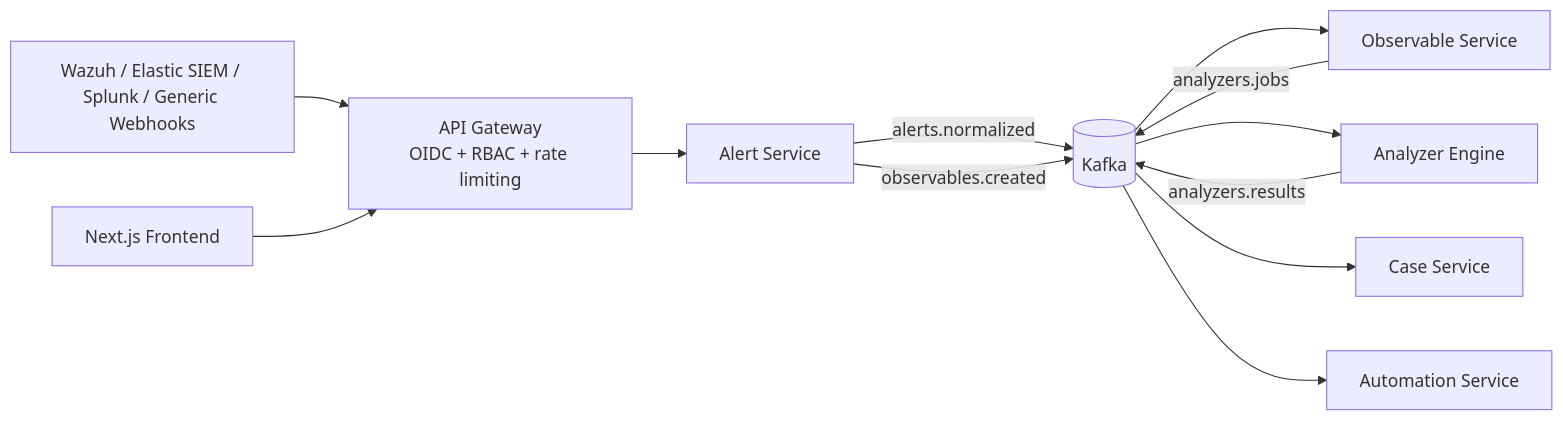
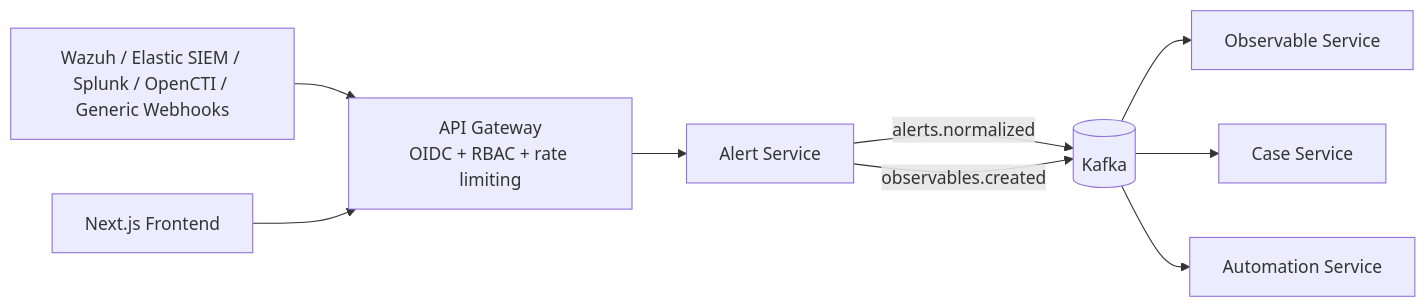
Before and after one commit to adriyansyah-mf/SIRPNexus: the diagram in README.md, drawn with Mermaid. The commit also changed other lines of this file and 24 other files, not shown here.

````diff
--- a/README.md
+++ b/README.md
@@ -7,15 +7,12 @@
 ```mermaid
 flowchart LR
-  SIEM[Wazuh / Elastic SIEM / Splunk / Generic Webhooks] --> AGW[API Gateway
+  SIEM[Wazuh / Elastic SIEM / Splunk / OpenCTI / Generic Webhooks] --> AGW[API Gateway
 OIDC + RBAC + rate limiting]
   AGW --> ALS[Alert Service]
   ALS -->|alerts.normalized| K[(Kafka)]
   ALS -->|observables.created| K
   K --> OBS[Observable Service]
-  OBS -->|analyzers.jobs| K
-  K --> AN[Analyzer Engine]
-  AN -->|analyzers.results| K
   K --> CAS[Case Service]
   K --> AUTO[Automation Service]
   FE[Next.js Frontend] --> AGW
 ```
````
